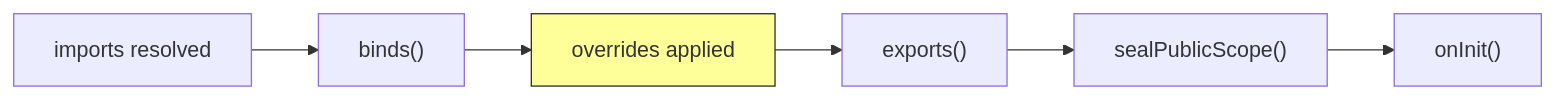
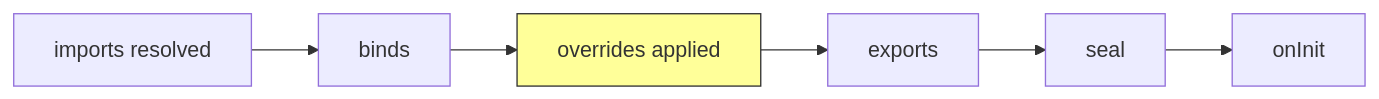
Before and after one commit to cherrypick-agency/modularity_dart: the second of 2 diagrams in docs-site/guide/modularity_workspace/dependency-overrides.md, drawn with Mermaid. The commit also changed other lines of this file and 12 other files, not shown here.

````diff
--- a/docs-site/guide/modularity_workspace/dependency-overrides.md
+++ b/docs-site/guide/modularity_workspace/dependency-overrides.md
@@ -124,9 +111,9 @@
 ```mermaid
 flowchart LR
-    A[imports resolved] --> B["binds()"]
-    B --> C["overrides applied"]
-    C --> D["exports()"]
-    D --> E["sealPublicScope()"]
-    E --> F["onInit()"]
+    A[imports resolved] --> B[binds]
+    B --> C[overrides applied]
+    C --> D[exports]
+    D --> E[seal]
+    E --> F[onInit]
     style C fill:#ff9,stroke:#333
 ```
````
